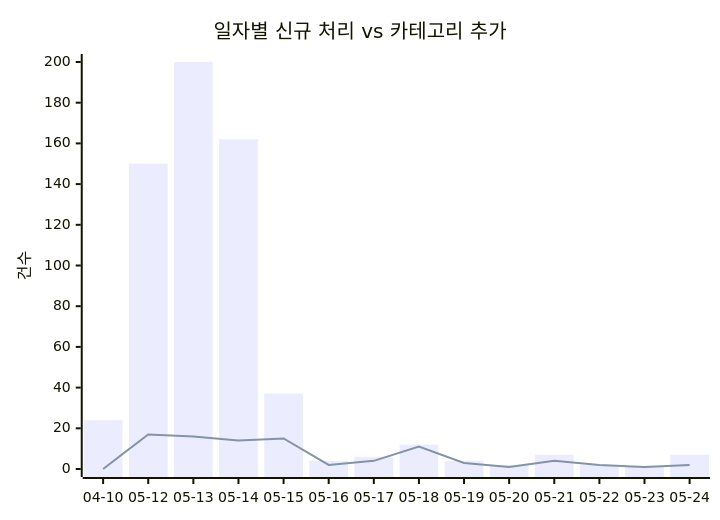
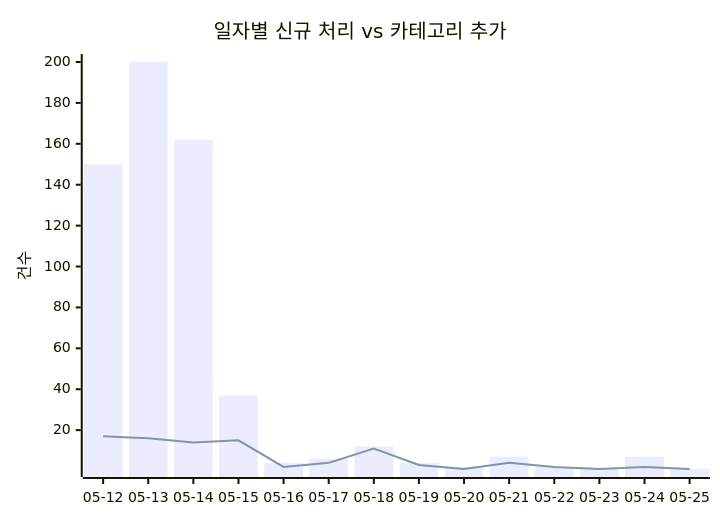
One commit to J-nowcow/awesome-korean-agent-skills changed the first of 2 diagrams in docs/trends.md. Above: the diagram before and after it, drawn with Mermaid. The commit also changed other lines of this file and 27 other files, not shown here.

````diff
--- a/docs/trends.md
+++ b/docs/trends.md
@@ -32,8 +32,8 @@
 ```mermaid
 xychart-beta
     title "일자별 신규 처리 vs 카테고리 추가"
-    x-axis ["04-10","05-12","05-13","05-14","05-15","05-16","05-17","05-18","05-19","05-20","05-21","05-22","05-23","05-24"]
+    x-axis ["05-12","05-13","05-14","05-15","05-16","05-17","05-18","05-19","05-20","05-21","05-22","05-23","05-24","05-25"]
     y-axis "건수"
-    bar [24,150,200,162,37,4,6,12,4,2,7,2,1,7]
-    line [0,17,16,14,15,2,4,11,3,1,4,2,1,2]
+    bar [150,200,162,37,4,6,12,4,2,7,2,1,7,1]
+    line [17,16,14,15,2,4,11,3,1,4,2,1,2,1]
 ```
````
